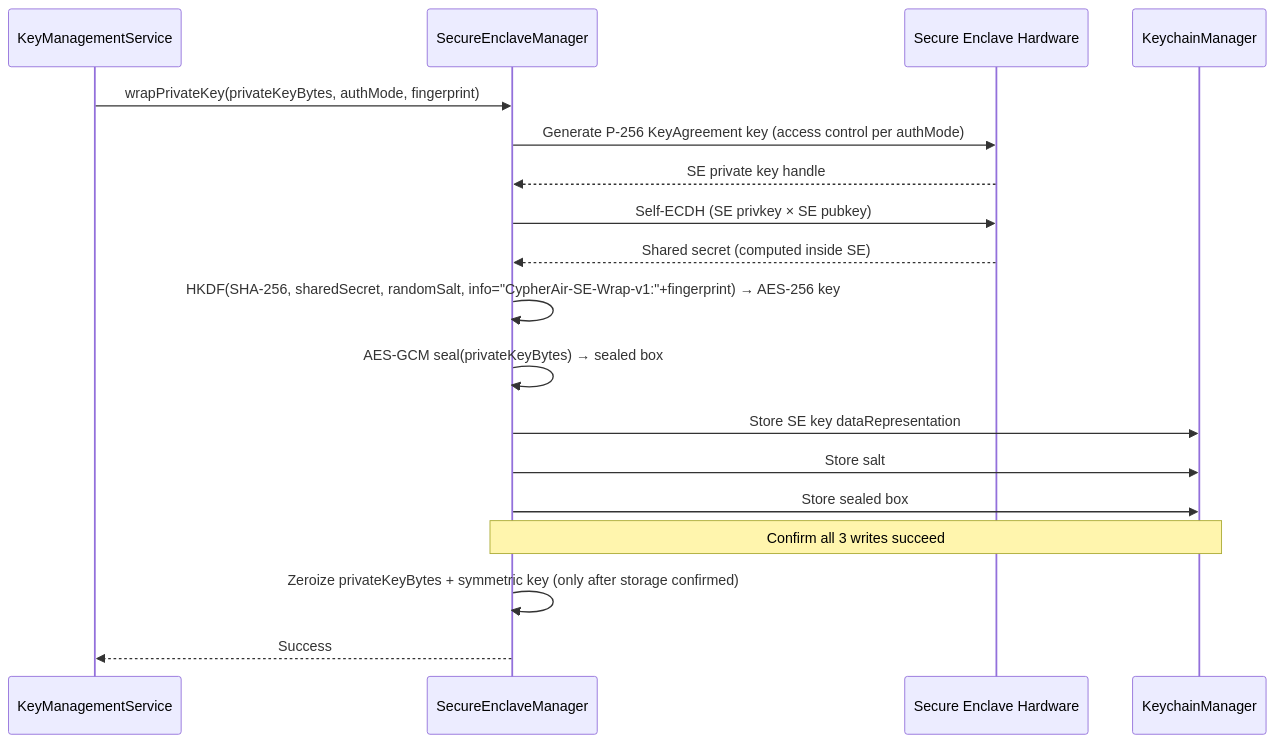
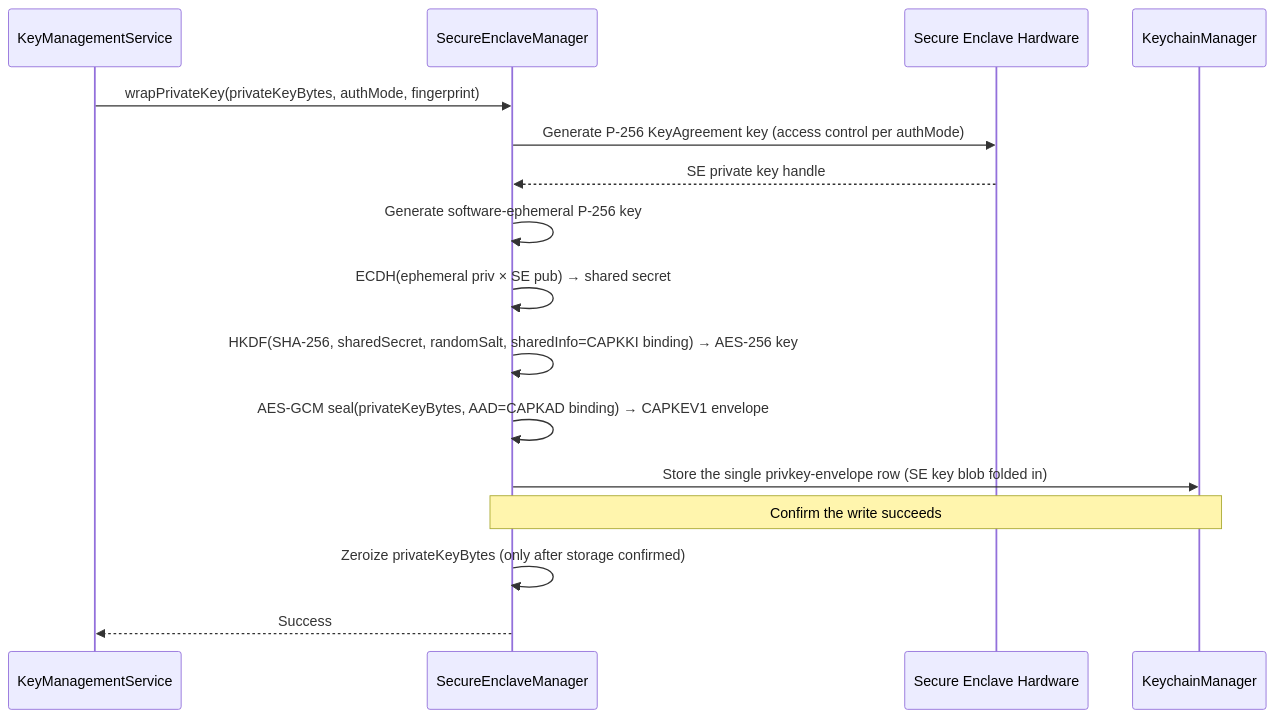
The fifth of 7 diagrams in docs/ARCHITECTURE.md (cypherair/cypherair), drawn with Mermaid before and after one commit. The commit also changed other lines of this file and 35 other files, not shown here.

First line of the commit message:
feat(security): replace private-key self-ECDH wrapping with a Secure Enclave P-256 envelope

````diff
--- a/docs/ARCHITECTURE.md
+++ b/docs/ARCHITECTURE.md
@@ -415,21 +415,19 @@
 ```mermaid
 sequenceDiagram
     participant App as KeyManagementService
     participant SEM as SecureEnclaveManager
     participant SE as Secure Enclave Hardware
     participant KC as KeychainManager
 
     App->>SEM: wrapPrivateKey(privateKeyBytes, authMode, fingerprint)
     SEM->>SE: Generate P-256 KeyAgreement key (access control per authMode)
     SE-->>SEM: SE private key handle
-    SEM->>SE: Self-ECDH (SE privkey × SE pubkey)
-    SE-->>SEM: Shared secret (computed inside SE)
-    SEM->>SEM: HKDF(SHA-256, sharedSecret, randomSalt, info="CypherAir-SE-Wrap-v1:"+fingerprint) → AES-256 key
-    SEM->>SEM: AES-GCM seal(privateKeyBytes) → sealed box
-    SEM->>KC: Store SE key dataRepresentation
-    SEM->>KC: Store salt
-    SEM->>KC: Store sealed box
-    Note over SEM,KC: Confirm all 3 writes succeed
-    SEM->>SEM: Zeroize privateKeyBytes + symmetric key (only after storage confirmed)
+    SEM->>SEM: Generate software-ephemeral P-256 key
+    SEM->>SEM: ECDH(ephemeral priv × SE pub) → shared secret
+    SEM->>SEM: HKDF(SHA-256, sharedSecret, randomSalt, sharedInfo=CAPKKI binding) → AES-256 key
+    SEM->>SEM: AES-GCM seal(privateKeyBytes, AAD=CAPKAD binding) → CAPKEV1 envelope
+    SEM->>KC: Store the single privkey-envelope row (SE key blob folded in)
+    Note over SEM,KC: Confirm the write succeeds
+    SEM->>SEM: Zeroize privateKeyBytes (only after storage confirmed)
     SEM-->>App: Success
 ```
````
